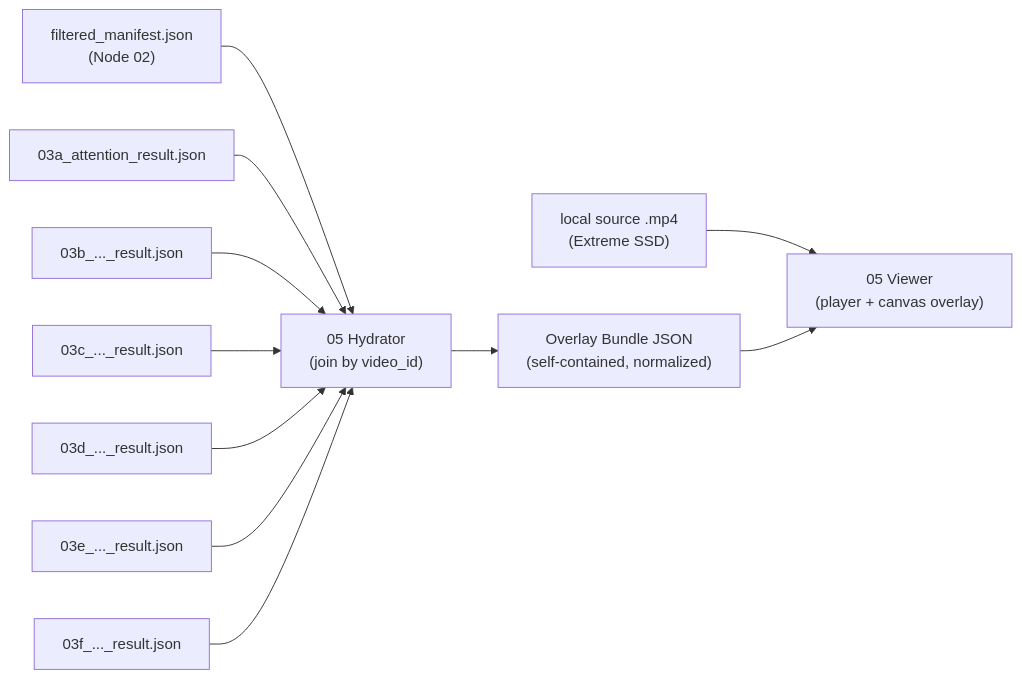
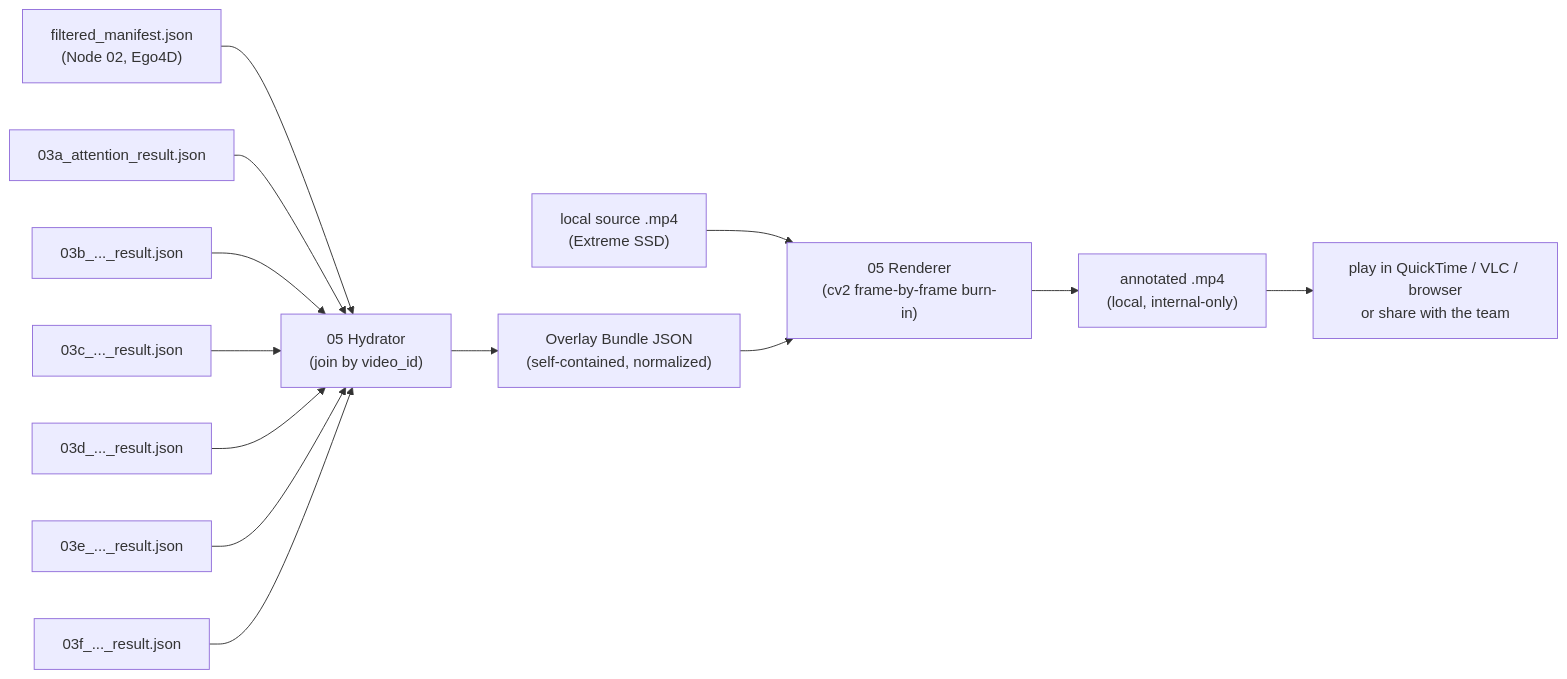
The diagram in docs/05_signal_visualizer.md (yelouis/social_robotics), drawn with Mermaid before and after one commit. The commit also changed other lines of this file and 2 other files, not shown here.

Commit message:
docs: update signal visualizer documentation to reflect offline video renderer design

````diff
--- a/docs/05_signal_visualizer.md
+++ b/docs/05_signal_visualizer.md
@@ -26,13 +49,15 @@
 ```mermaid
 graph LR
-    M["filtered_manifest.json<br/>(Node 02)"] --> H["05 Hydrator<br/>(join by video_id)"]
+    M["filtered_manifest.json<br/>(Node 02, Ego4D)"] --> H["05 Hydrator<br/>(join by video_id)"]
     A["03a_attention_result.json"] --> H
     B["03b_..._result.json"] --> H
     C["03c_..._result.json"] --> H
     D["03d_..._result.json"] --> H
     E["03e_..._result.json"] --> H
     F["03f_..._result.json"] --> H
-    V["local source .mp4<br/>(Extreme SSD)"] --> P["05 Viewer<br/>(player + canvas overlay)"]
     H --> OB["Overlay Bundle JSON<br/>(self-contained, normalized)"]
-    OB --> P
+    V["local source .mp4<br/>(Extreme SSD)"] --> R["05 Renderer<br/>(cv2 frame-by-frame burn-in)"]
+    OB --> R
+    R --> OUT["annotated .mp4<br/>(local, internal-only)"]
+    OUT --> PLAY["play in QuickTime / VLC / browser<br/>or share with the team"]
 ```
````
